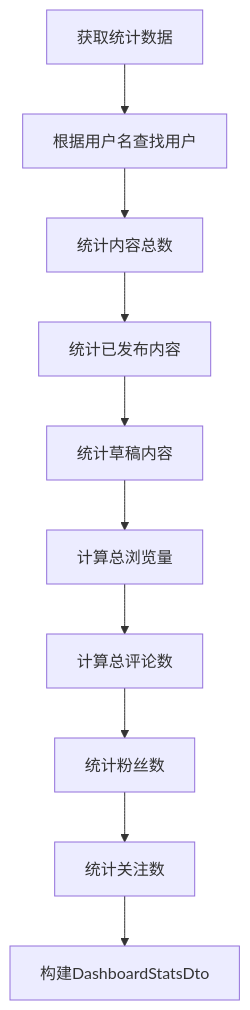
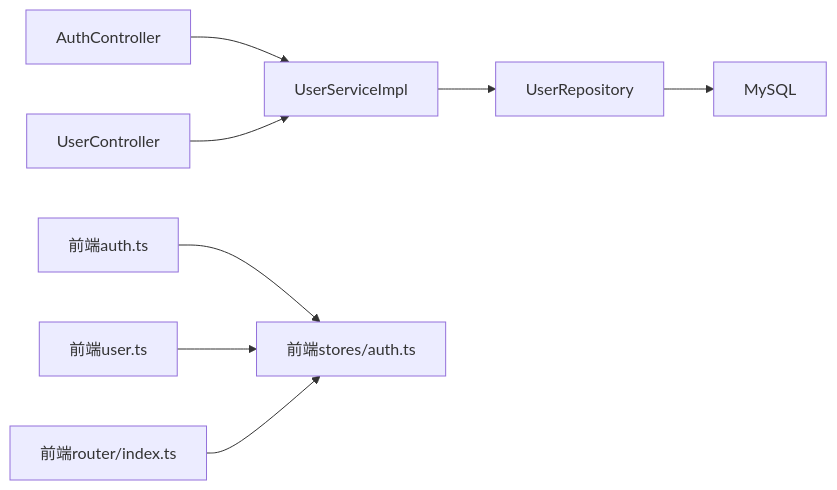
One commit to koala-xiong/communication-qoder changed the third of 3 diagrams in .qoder/repowiki/zh/content/用户管理系统/用户管理系统.md. Above: the diagram before and after it, drawn with Mermaid. The commit also changed other lines of this file and 73 other files, not shown here.

````diff
--- a/.qoder/repowiki/zh/content/用户管理系统/用户管理系统.md
+++ b/.qoder/repowiki/zh/content/用户管理系统/用户管理系统.md
@@ -437,12 +231,10 @@
 ```mermaid
-flowchart TD
-StatsReq["获取统计数据"] --> FindUser["根据用户名查找用户"]
-FindUser --> CountContents["统计内容总数"]
-CountContents --> CountPublished["统计已发布内容"]
-CountPublished --> CountDraft["统计草稿内容"]
-CountDraft --> SumViews["计算总浏览量"]
-SumViews --> SumComments["计算总评论数"]
-SumComments --> CountFollowers["统计粉丝数"]
-CountFollowers --> CountFollowing["统计关注数"]
-CountFollowing --> BuildStats["构建DashboardStatsDto"]
+graph LR
+AC["AuthController"] --> USI["UserServiceImpl"]
+UC["UserController"] --> USI
+USI --> UR["UserRepository"]
+UR --> DB["MySQL"]
+FE_AUTH["前端auth.ts"] --> FE_STORE["前端stores/auth.ts"]
+FE_USER["前端user.ts"] --> FE_STORE
+FE_ROUTER["前端router/index.ts"] --> FE_STORE
 ```
````
